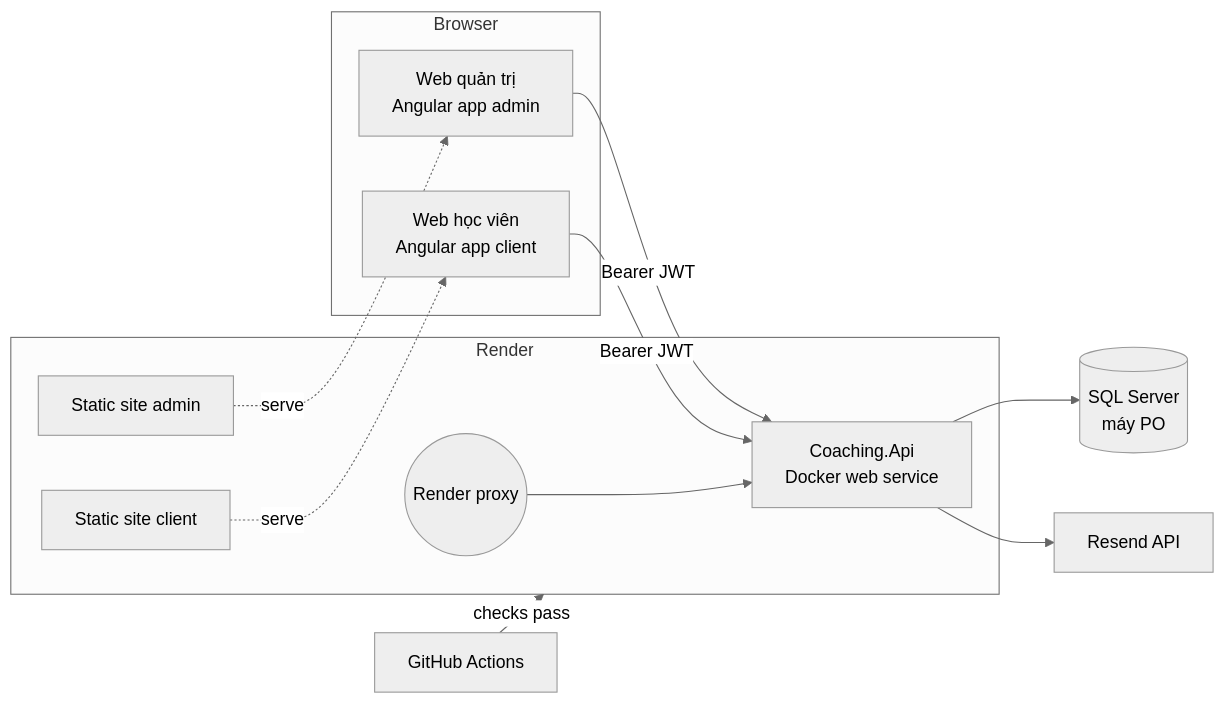
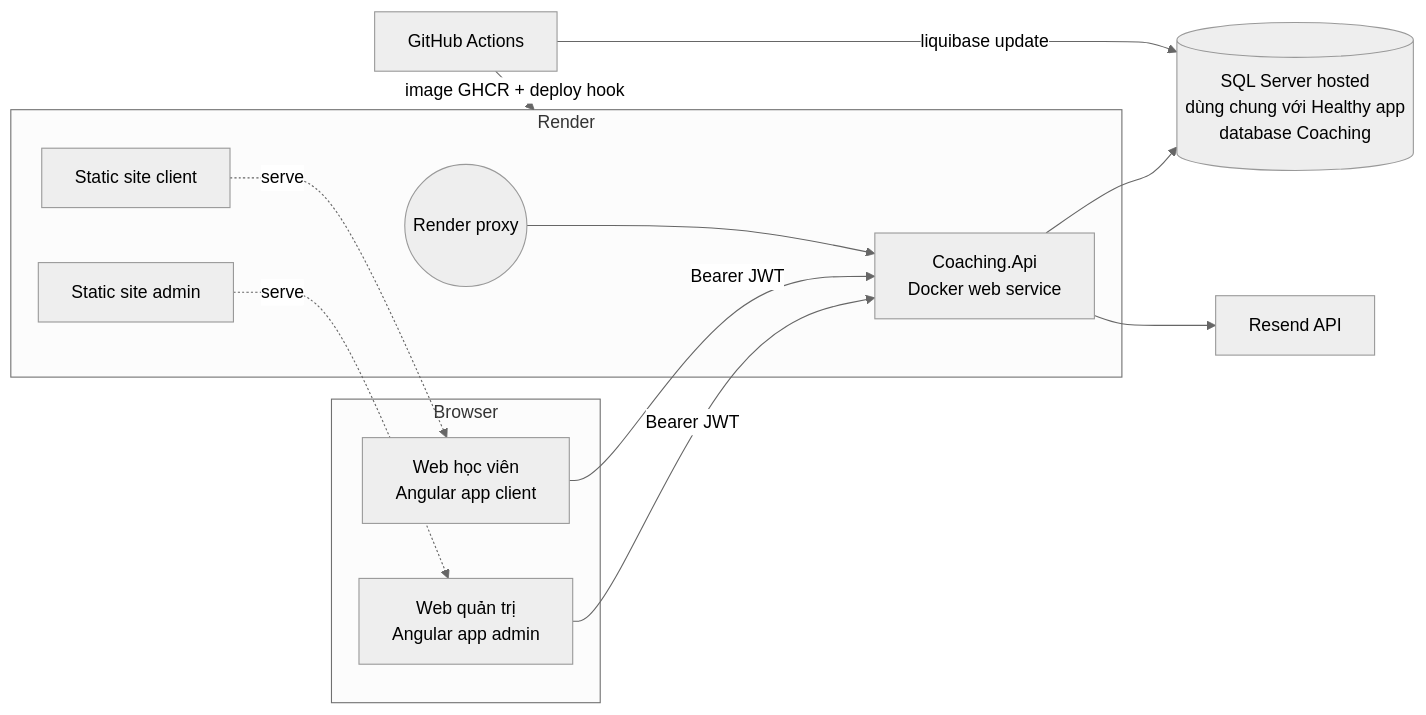
Before and after one commit to Ducky120301/Coaching-web: the first of 2 diagrams in docs/agentic-workflow/tech-designs/2026-11-24-f00-codebase.md, drawn with Mermaid (neutral theme). The commit also changed other lines of this file and 1 other file, not shown here.

First line of the commit message:
docs(f00): ADR-012 Render CI/CD following Healthy app + plan Task 18 (draft)

````diff
--- a/docs/agentic-workflow/tech-designs/2026-11-24-f00-codebase.md
+++ b/docs/agentic-workflow/tech-designs/2026-11-24-f00-codebase.md
@@ -59,17 +59,18 @@
 ```mermaid
 flowchart LR
   subgraph Browser
     A[Web quản trị<br/>Angular app admin]
     C[Web học viên<br/>Angular app client]
   end
   A -- Bearer JWT --> API
   C -- Bearer JWT --> API
   subgraph Render
     SA[Static site admin] -.serve.-> A
     SC[Static site client] -.serve.-> C
     P((Render proxy)) --> API[Coaching.Api<br/>Docker web service]
   end
-  API --> DB[(SQL Server<br/>máy PO)]
+  API --> DB[(SQL Server hosted<br/>dùng chung với Healthy app<br/>database Coaching)]
   API --> R[Resend API]
-  GH[GitHub Actions] -- checks pass --> Render
+  GH[GitHub Actions] -- image GHCR + deploy hook --> Render
+  GH -- liquibase update --> DB
 ```
````
